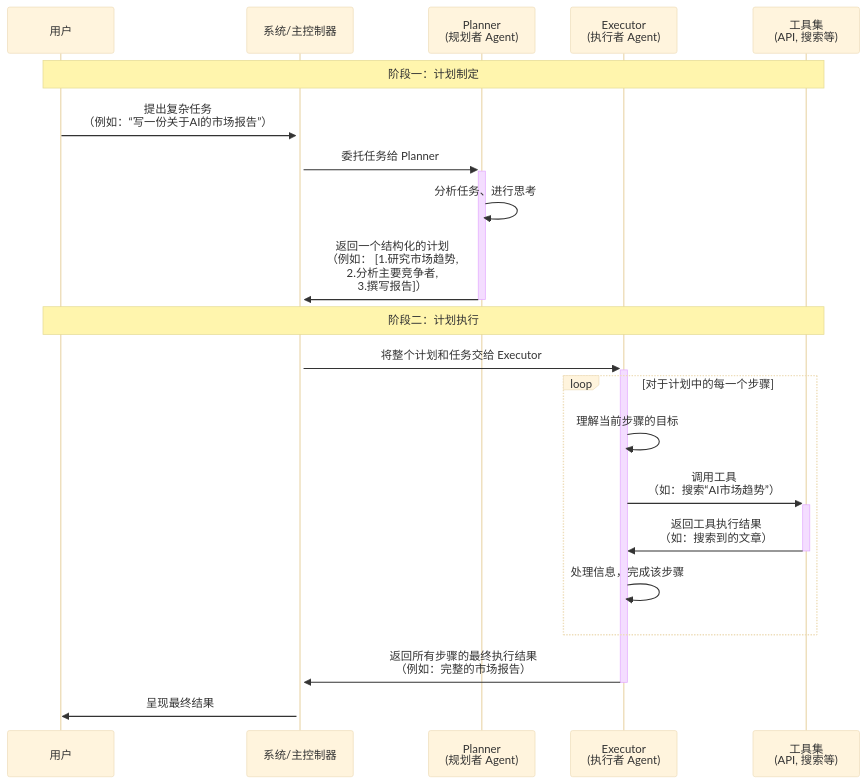
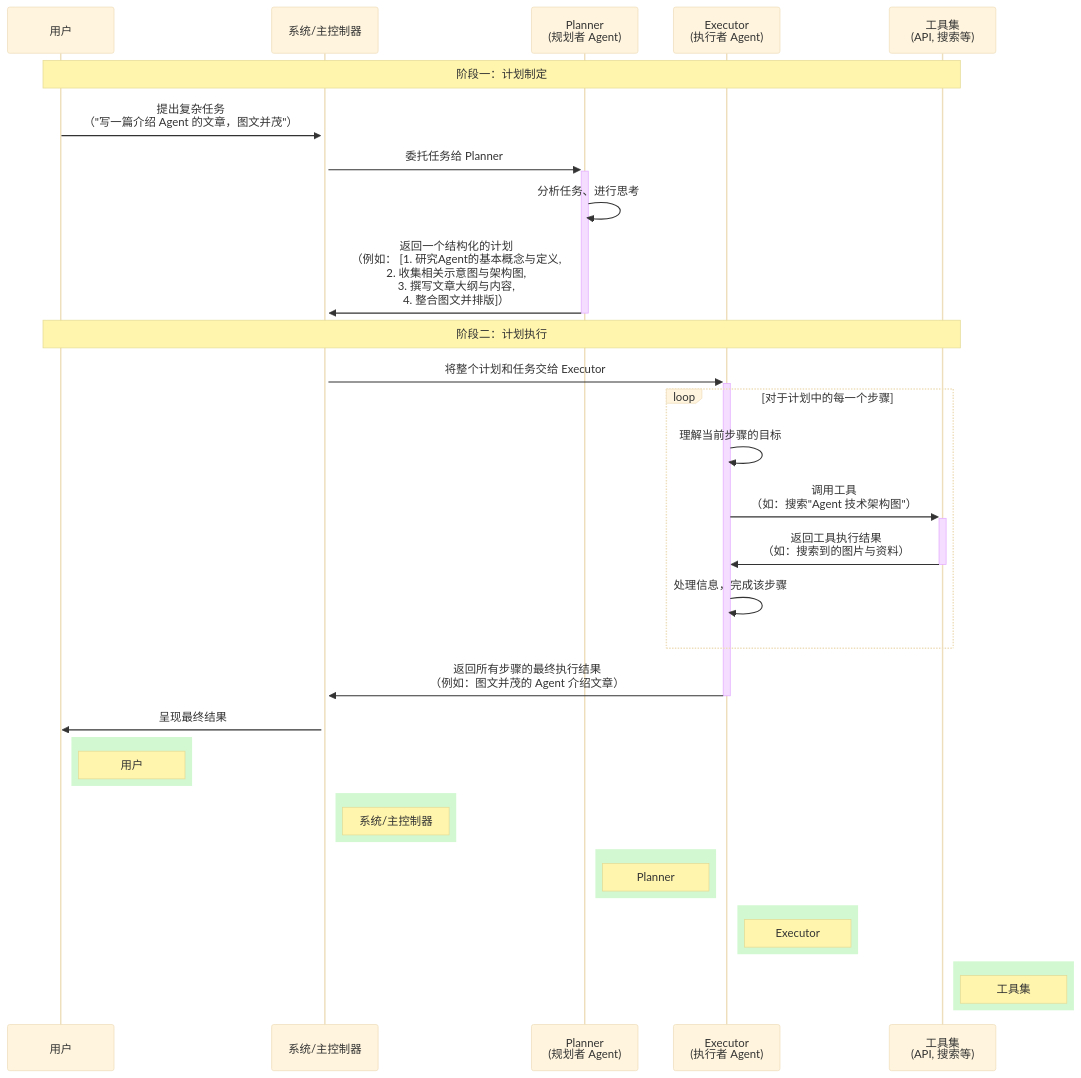
The diagram in docs/动手打造一个自动发 KM 的 Agent.md (zhangpaopao0609/agent-sample), drawn with Mermaid (base theme) before and after one commit. The commit also changed other lines of this file and 5 other files, not shown here.

````diff
--- a/docs/动手打造一个自动发 KM 的 Agent.md
+++ b/docs/动手打造一个自动发 KM 的 Agent.md
@@ -253,29 +156,45 @@
 ```mermaid
 sequenceDiagram
     participant U as 用户
     participant S as 系统/主控制器
     participant P as Planner<br>(规划者 Agent)
     participant E as Executor<br>(执行者 Agent)
     participant T as 工具集<br>(API, 搜索等)
-
+    
     Note over U, T: 阶段一：计划制定
 
-    U->>+S: 提出复杂任务<br>（例如：“写一份关于AI的市场报告”）
+    U->>+S: 提出复杂任务<br>（"写一篇介绍 Agent 的文章，图文并茂"）
     S->>+P: 委托任务给 Planner
     P->>P: 分析任务、进行思考
-    P->>-S: 返回一个结构化的计划<br>（例如： [1.研究市场趋势,<br>2.分析主要竞争者,<br>3.撰写报告]）
+    P->>-S: 返回一个结构化的计划<br>（例如： [1. 研究Agent的基本概念与定义,<br>2. 收集相关示意图与架构图,<br>3. 撰写文章大纲与内容,<br>4. 整合图文并排版]）
     
     Note over U, T: 阶段二：计划执行
 
     S->>+E: 将整个计划和任务交给 Executor
 
     loop 对于计划中的每一个步骤
         E->>E: 理解当前步骤的目标
-        E->>+T: 调用工具<br>（如：搜索“AI市场趋势”）
-        T->>-E: 返回工具执行结果<br>（如：搜索到的文章）
+        E->>+T: 调用工具<br>（如：搜索"Agent 技术架构图"）
+        T->>-E: 返回工具执行结果<br>（如：搜索到的图片与资料）
         E->>E: 处理信息，完成该步骤
     end
 
-    E->>-S: 返回所有步骤的最终执行结果<br>（例如：完整的市场报告）
+    E->>-S: 返回所有步骤的最终执行结果<br>（例如：图文并茂的 Agent 介绍文章）
     S->>U: 呈现最终结果
+
+    rect rgba(144, 238, 144, 0.4)
+    Note right of U: 用户
+    end
+    rect rgba(144, 238, 144, 0.4)
+    Note right of S: 系统/主控制器
+    end
+    rect rgba(144, 238, 144, 0.4)
+    Note right of P: Planner
+    end
+    rect rgba(144, 238, 144, 0.4)
+    Note right of E: Executor
+    end
+    rect rgba(144, 238, 144, 0.4)
+    Note right of T: 工具集
+    end
 ```
````
